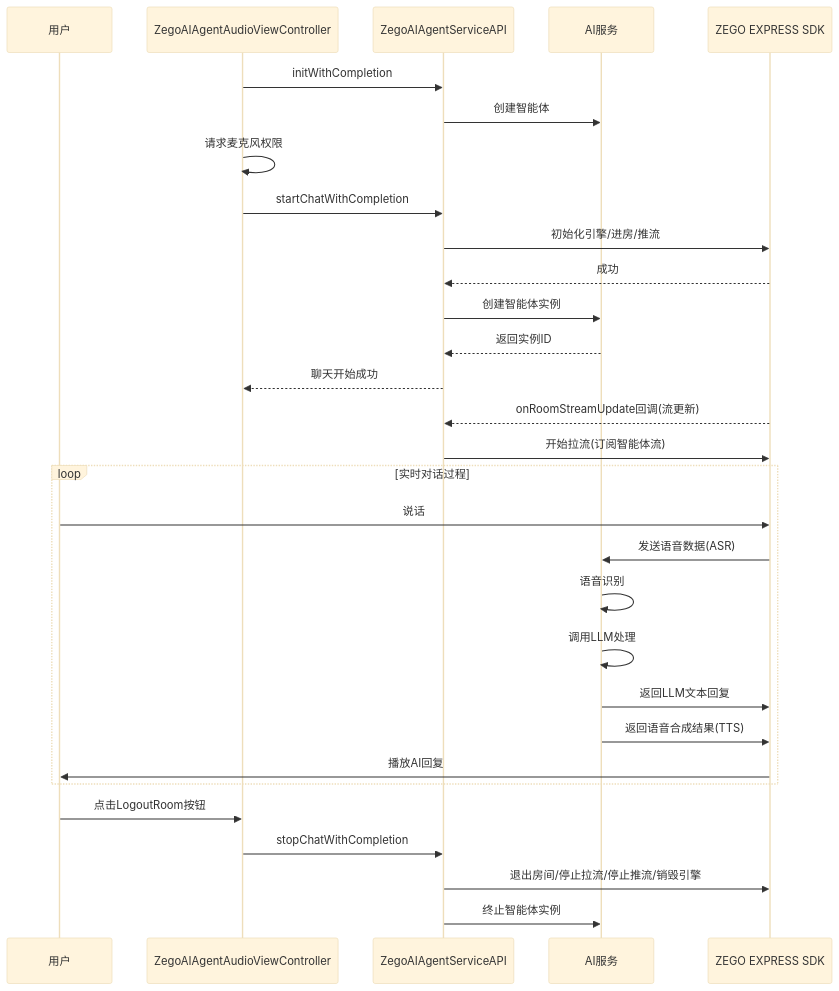
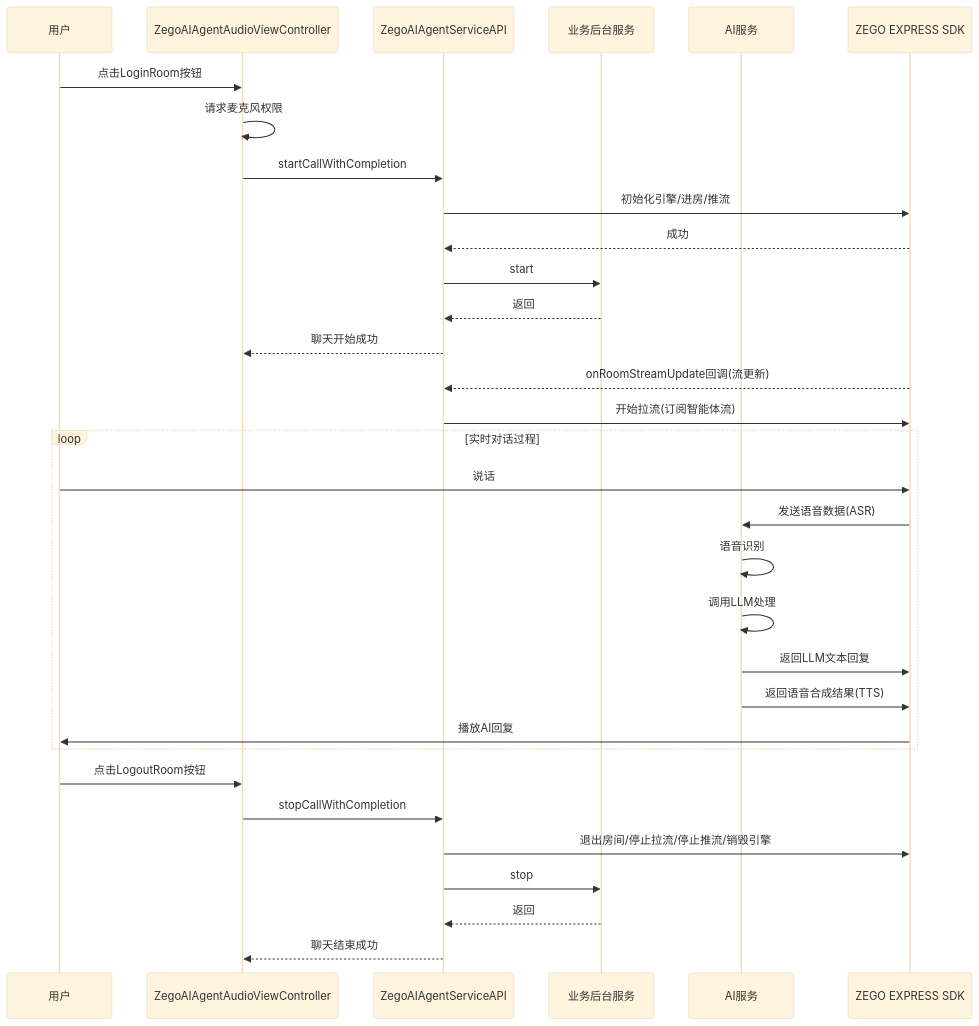
Before and after one commit to ZEGOCLOUD/ai_agent_quick_start: the diagram in ios/README.md, drawn with Mermaid (base theme). The commit also changed other lines of this file and 3 other files, not shown here.

````diff
--- a/ios/README.md
+++ b/ios/README.md
@@ -53,35 +48,37 @@
 ```mermaid
 sequenceDiagram
     participant User as 用户
     participant AudioVC as ZegoAIAgentAudioViewController
     participant ServiceAPI as ZegoAIAgentServiceAPI
+    participant BusinessServer as 业务后台服务
     participant PassServer as AI服务
     participant Express as ZEGO EXPRESS SDK
 
-    AudioVC->>ServiceAPI: initWithCompletion
-    ServiceAPI->>PassServer: 创建智能体
+    User->>AudioVC: 点击LoginRoom按钮
     AudioVC->>AudioVC: 请求麦克风权限
-    AudioVC->>ServiceAPI: startChatWithCompletion
+    AudioVC->>ServiceAPI:startCallWithCompletion
     ServiceAPI->>Express: 初始化引擎/进房/推流
     Express-->>ServiceAPI: 成功
-    ServiceAPI->>PassServer: 创建智能体实例
-    PassServer-->>ServiceAPI: 返回实例ID
+    ServiceAPI->>BusinessServer: start
+    BusinessServer-->>ServiceAPI: 返回
     ServiceAPI-->>AudioVC: 聊天开始成功
     Express-->>ServiceAPI: onRoomStreamUpdate回调(流更新)
     ServiceAPI->>Express: 开始拉流(订阅智能体流)
   
     loop 实时对话过程
         User->>Express: 说话
         Express->>PassServer: 发送语音数据(ASR)
         PassServer->>PassServer: 语音识别
         PassServer->>PassServer: 调用LLM处理
         PassServer->>Express: 返回LLM文本回复
         PassServer->>Express: 返回语音合成结果(TTS)
        Express->>User: 播放AI回复
     end
   
     User->>AudioVC: 点击LogoutRoom按钮
-    AudioVC->>ServiceAPI: stopChatWithCompletion
+    AudioVC->>ServiceAPI:stopCallWithCompletion
     ServiceAPI->>Express: 退出房间/停止拉流/停止推流/销毁引擎
-    ServiceAPI->>PassServer: 终止智能体实例
+    ServiceAPI->>BusinessServer: stop
+    BusinessServer-->>ServiceAPI: 返回
+    ServiceAPI-->>AudioVC: 聊天结束成功
 ```
````
